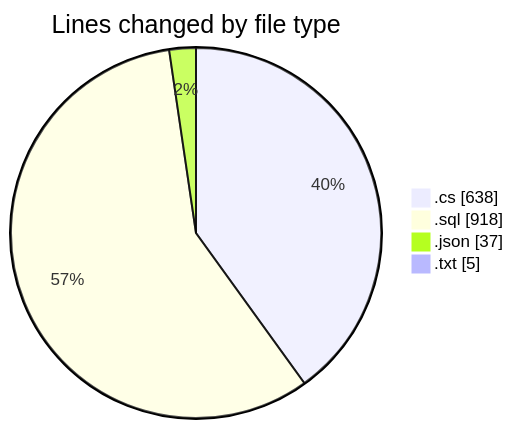
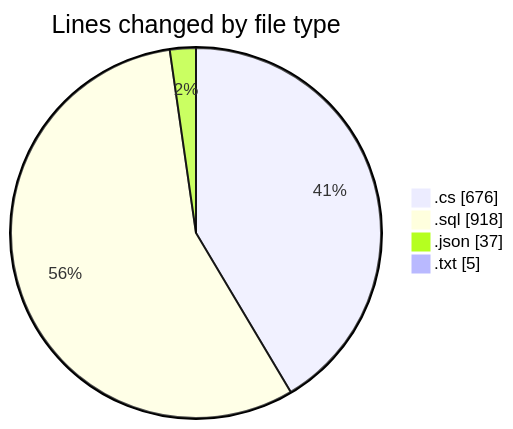
One commit to Netris89/code-tracking changed the first of 2 diagrams in 2025-04-04/back-end/README.md. Above: the diagram before and after it, drawn with Mermaid. The commit also changed other lines of this file and 1 other file, not shown here.

````diff
--- a/2025-04-04/back-end/README.md
+++ b/2025-04-04/back-end/README.md
@@ -25,8 +26,8 @@
 ```mermaid
 pie showData
 title Lines changed by file type
-".cs" : 638
+".cs" : 676
 ".sql" : 918
 ".json" : 37
 ".txt" : 5
 ```
````
